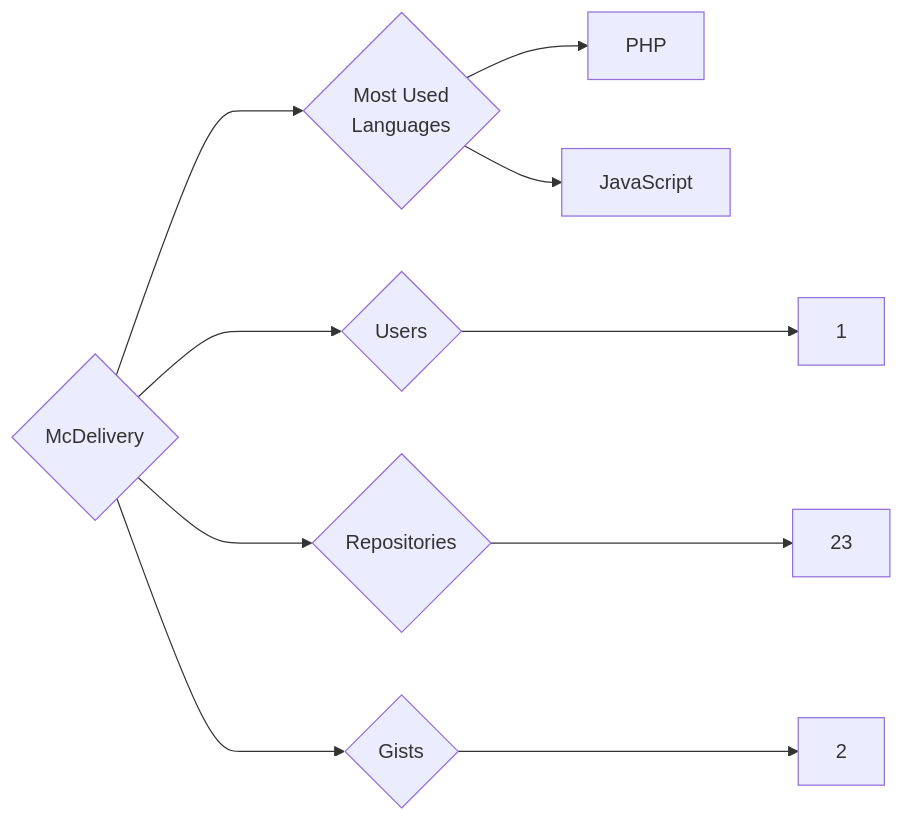
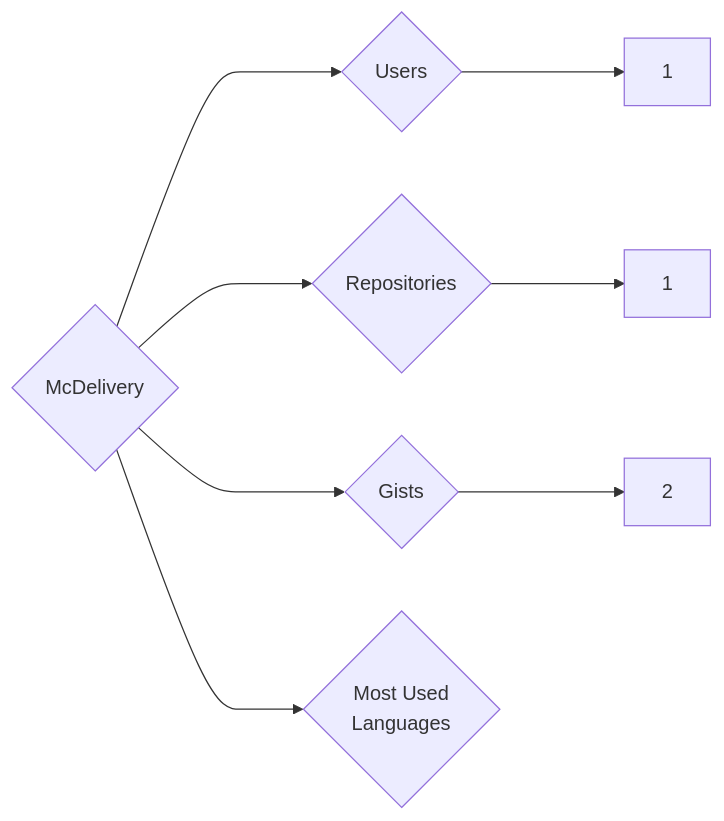
The diagram in targets/McDelivery/README.md (trickest/insiders), drawn with Mermaid before and after one commit. The commit also changed 964 other files, not shown here.

````diff
--- a/targets/McDelivery/README.md
+++ b/targets/McDelivery/README.md
@@ -3,10 +3,8 @@
 ```mermaid
 graph LR
 COMPANY_NAME{McDelivery}
 COMPANY_NAME ---> U{Users} ---> UN[1]
-COMPANY_NAME ---> R{Repositories} ---> RN[23]
+COMPANY_NAME ---> R{Repositories} ---> RN[1]
 COMPANY_NAME ---> G{Gists} ---> GN[2]
 COMPANY_NAME ---> ML{Most Used<br>Languages}
-ML --> PHP[PHP]
-ML --> JavaScript[JavaScript]
 ```
````
